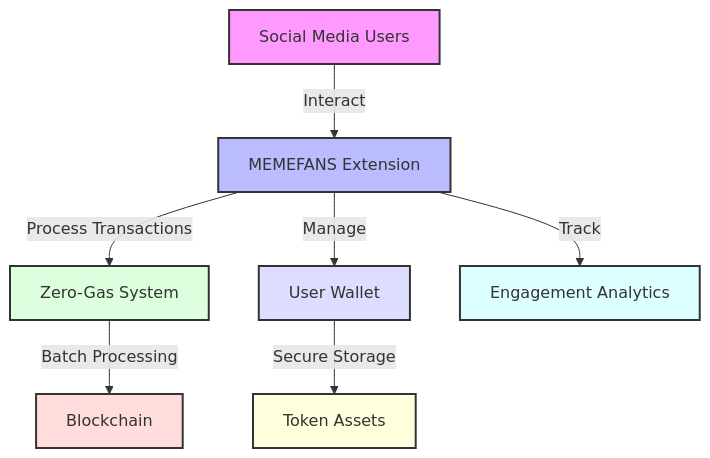
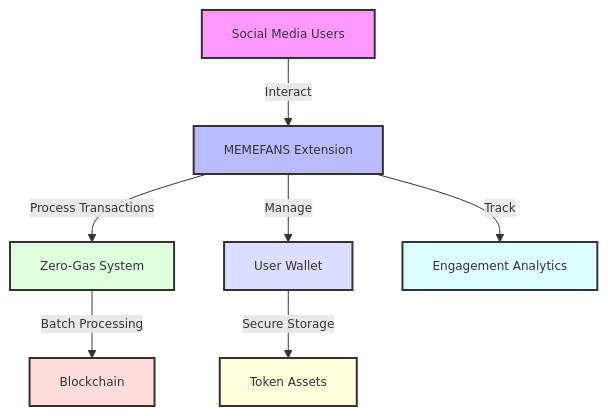
Before and after one commit to MEMEFANS/memefans: the second of 4 diagrams in docs/whitepaper/executive-summary.md, drawn with Mermaid. The commit also changed other lines of this file, not shown here.

Commit message:
adjust: resize mermaid diagrams in executive summary

````diff
--- a/docs/whitepaper/executive-summary.md
+++ b/docs/whitepaper/executive-summary.md
@@ -45,16 +46,17 @@
 ```mermaid
+%%{init: {'theme': 'default', 'themeVariables': { 'fontSize': '12px'}, 'flowchart': {'width': 500, 'height': 300 }}}%%
 graph TD
     A[Social Media Users] -->|Interact| B[MEMEFANS Extension]
     B -->|Process Transactions| C[Zero-Gas System]
     C -->|Batch Processing| D[Blockchain]
     B -->|Manage| E[User Wallet]
     E -->|Secure Storage| F[Token Assets]
     B -->|Track| G[Engagement Analytics]
     style A fill:#f9f,stroke:#333,stroke-width:2px
     style B fill:#bbf,stroke:#333,stroke-width:2px
     style C fill:#dfd,stroke:#333,stroke-width:2px
     style D fill:#fdd,stroke:#333,stroke-width:2px
     style E fill:#ddf,stroke:#333,stroke-width:2px
     style F fill:#ffd,stroke:#333,stroke-width:2px
     style G fill:#dff,stroke:#333,stroke-width:2px
 ```
````
